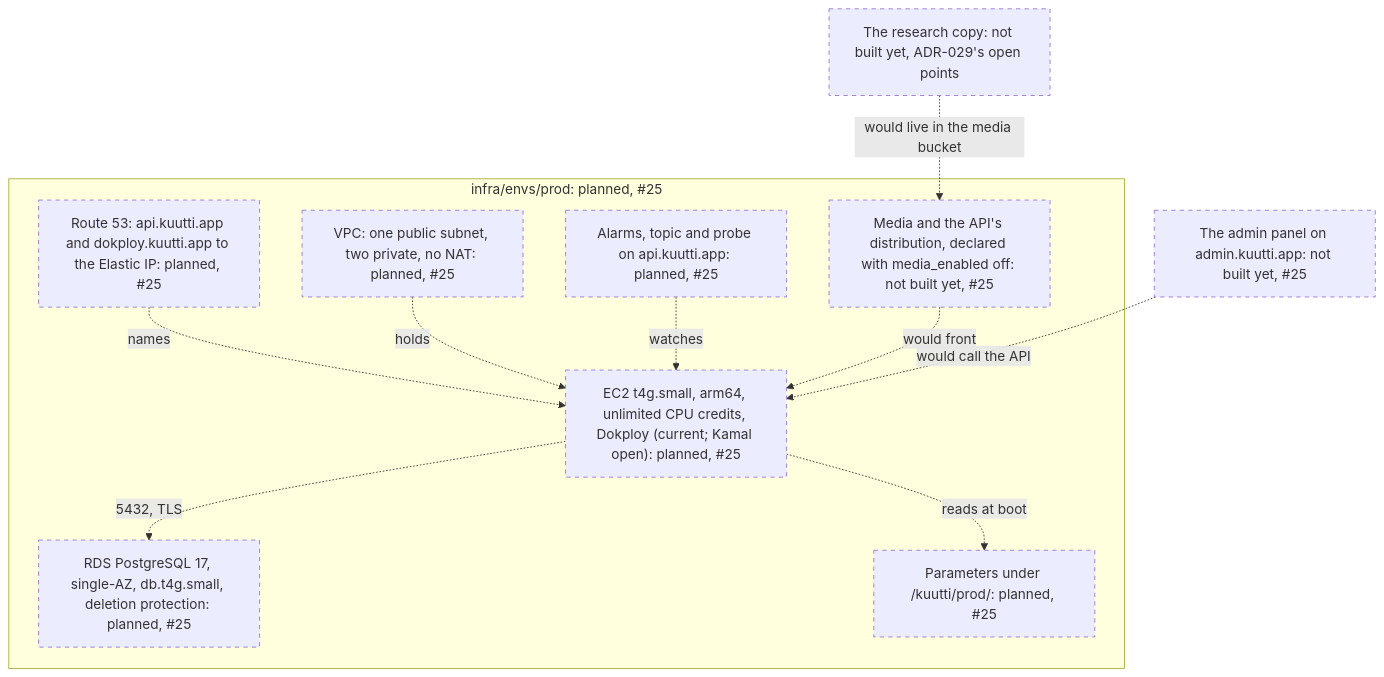
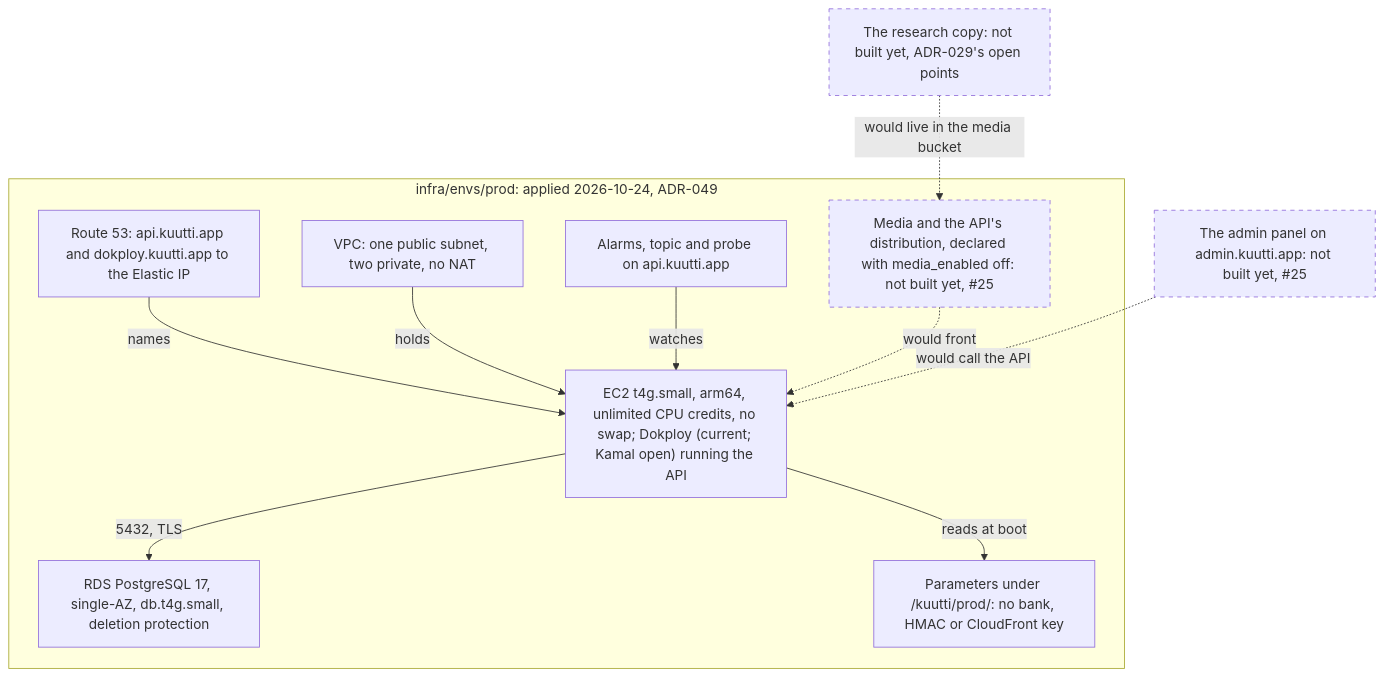
Before and after one commit to kuutti-ry/kuutti-app: the fifth of 6 diagrams in docs/architecture/deployment.md, drawn with Mermaid. The commit also changed other lines of this file and 21 other files, not shown here.

First line of the commit message:
Draw production as built; read Dokploy's created ids (#25) (#445)

````diff
--- a/docs/architecture/deployment.md
+++ b/docs/architecture/deployment.md
@@ -259,25 +259,25 @@
 ```mermaid
 flowchart TB
-  accTitle: Deployment, part 5: production, composed and not applied
-  accDescr: infra/envs/prod composes the same network, box, database, alarms and parameters as staging, with a larger database class and deletion protection, and declares the media module switched off. It leaves out the admin panel's host and the research copy. None of it is applied yet.
-  subgraph prodenv["infra/envs/prod: planned, #25"]
-    n52["Route 53: api.kuutti.app and dokploy.kuutti.app to the Elastic IP: planned, #25"]:::notbuilt
-    n53["VPC: one public subnet, two private, no NAT: planned, #25"]:::notbuilt
-    n54["EC2 t4g.small, arm64, unlimited CPU credits, Dokploy (current; Kamal open): planned, #25"]:::notbuilt
-    n55["RDS PostgreSQL 17, single-AZ, db.t4g.small, deletion protection: planned, #25"]:::notbuilt
-    n56["Parameters under /kuutti/prod/: planned, #25"]:::notbuilt
-    n57["Alarms, topic and probe on api.kuutti.app: planned, #25"]:::notbuilt
+  accTitle: Deployment, part 5: production
+  accDescr: infra/envs/prod, applied on 2026-10-24 before the first release, composes the same network, box, database, alarms and parameters as staging, with a larger database class and deletion protection. Dokploy on the box runs one application, the API, pinned to a commit and with bank identification off. The media module is declared switched off; the admin panel's host and the research copy are not built.
+  subgraph prodenv["infra/envs/prod: applied 2026-10-24, ADR-049"]
+    n52["Route 53: api.kuutti.app and dokploy.kuutti.app to the Elastic IP"]
+    n53["VPC: one public subnet, two private, no NAT"]
+    n54["EC2 t4g.small, arm64, unlimited CPU credits, no swap; Dokploy (current; Kamal open) running the API"]
+    n55["RDS PostgreSQL 17, single-AZ, db.t4g.small, deletion protection"]
+    n56["Parameters under /kuutti/prod/: no bank, HMAC or CloudFront key"]
+    n57["Alarms, topic and probe on api.kuutti.app"]
     n58["Media and the API's distribution, declared with media_enabled off: not built yet, #25"]:::notbuilt
   end
   n59["The admin panel on admin.kuutti.app: not built yet, #25"]:::notbuilt
   n60["The research copy: not built yet, ADR-029's open points"]:::notbuilt
-  n52 -.->|"names"| n54
-  n53 -.->|"holds"| n54
-  n54 -.->|"5432, TLS"| n55
-  n54 -.->|"reads at boot"| n56
-  n57 -.->|"watches"| n54
+  n52 -->|"names"| n54
+  n53 -->|"holds"| n54
+  n54 -->|"5432, TLS"| n55
+  n54 -->|"reads at boot"| n56
+  n57 -->|"watches"| n54
   n58 -.->|"would front"| n54
   n59 -.->|"would call the API"| n54
   n60 -.->|"would live in the media bucket"| n58
   classDef notbuilt stroke-dasharray: 5 5
 ```
````
